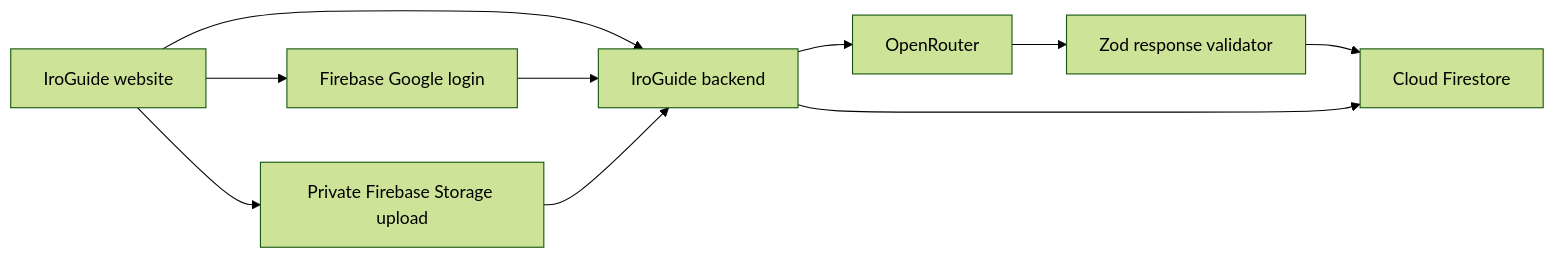
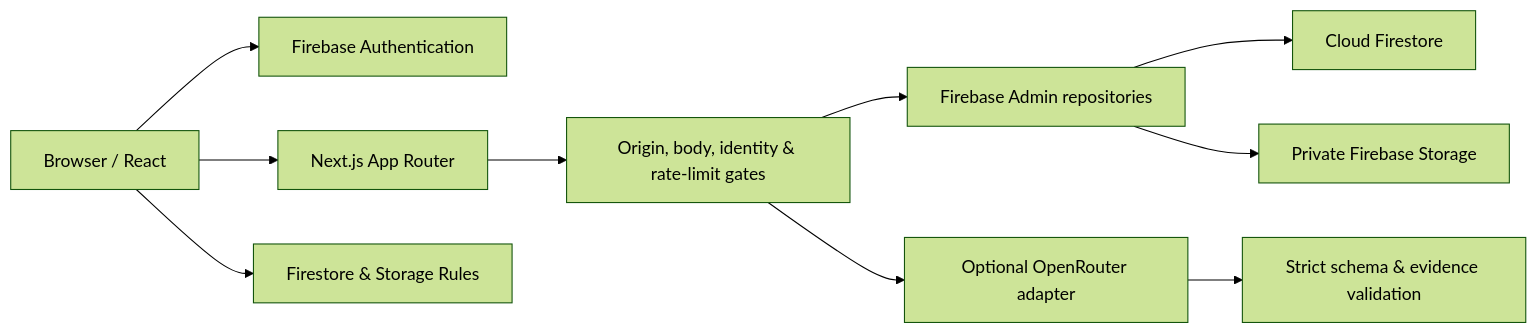
One commit to painjanevivek/IroGuide changed the diagram in docs/technical-architecture.md. Above: the diagram before and after it, drawn with Mermaid (forest theme). The commit also changed other lines of this file and 14 other files, not shown here.

First line of the commit message:
fix(product): align free launch architecture

````diff
--- a/docs/technical-architecture.md
+++ b/docs/technical-architecture.md
@@ -22,12 +18,12 @@
 ```mermaid
 flowchart LR
-  Browser["IroGuide website"] --> Auth["Firebase Google login"]
-  Browser --> Storage["Private Firebase Storage upload"]
-  Browser --> API["IroGuide backend"]
-  Auth --> API
-  Storage --> API
-  API --> AI["OpenRouter"]
-  AI --> Validator["Zod response validator"]
-  Validator --> DB["Cloud Firestore"]
-  API --> DB
+  Browser["Browser / React"] --> Auth["Firebase Authentication"]
+  Browser --> Routes["Next.js App Router"]
+  Browser --> Rules["Firestore & Storage Rules"]
+  Routes --> Security["Origin, body, identity & rate-limit gates"]
+  Security --> Admin["Firebase Admin repositories"]
+  Security --> Provider["Optional OpenRouter adapter"]
+  Provider --> Evidence["Strict schema & evidence validation"]
+  Admin --> Firestore["Cloud Firestore"]
+  Admin --> Storage["Private Firebase Storage"]
 ```
````
